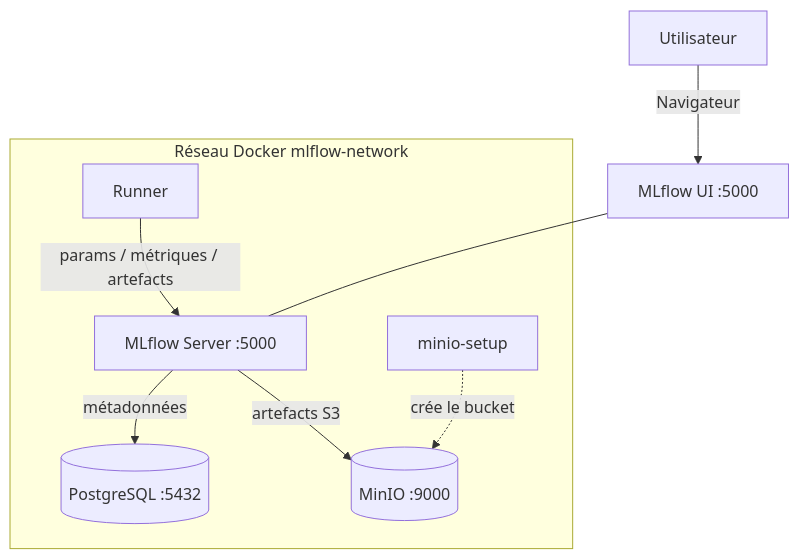
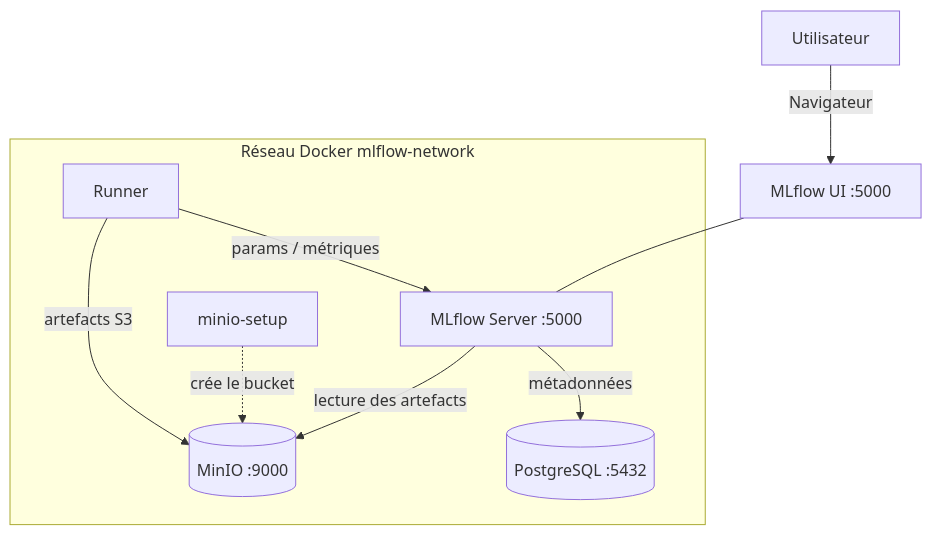
The diagram in README.md (floSa/MLflow-Test-Bench), drawn with Mermaid before and after one commit. The commit also changed other lines of this file and 3 other files, not shown here.

````diff
--- a/README.md
+++ b/README.md
@@ -44,11 +44,12 @@
 ```mermaid
 flowchart TD
   user[Utilisateur] -->|Navigateur| ui[MLflow UI :5000]
   subgraph reseau["Réseau Docker mlflow-network"]
-    runner[Runner] -->|params / métriques / artefacts| server[MLflow Server :5000]
+    runner[Runner] -->|params / métriques| server[MLflow Server :5000]
+    runner -->|artefacts S3| minio[(MinIO :9000)]
     server -->|métadonnées| db[(PostgreSQL :5432)]
-    server -->|artefacts S3| minio[(MinIO :9000)]
+    server -->|lecture des artefacts| minio
     setup[minio-setup] -. crée le bucket .-> minio
   end
   ui --- server
 ```
````
